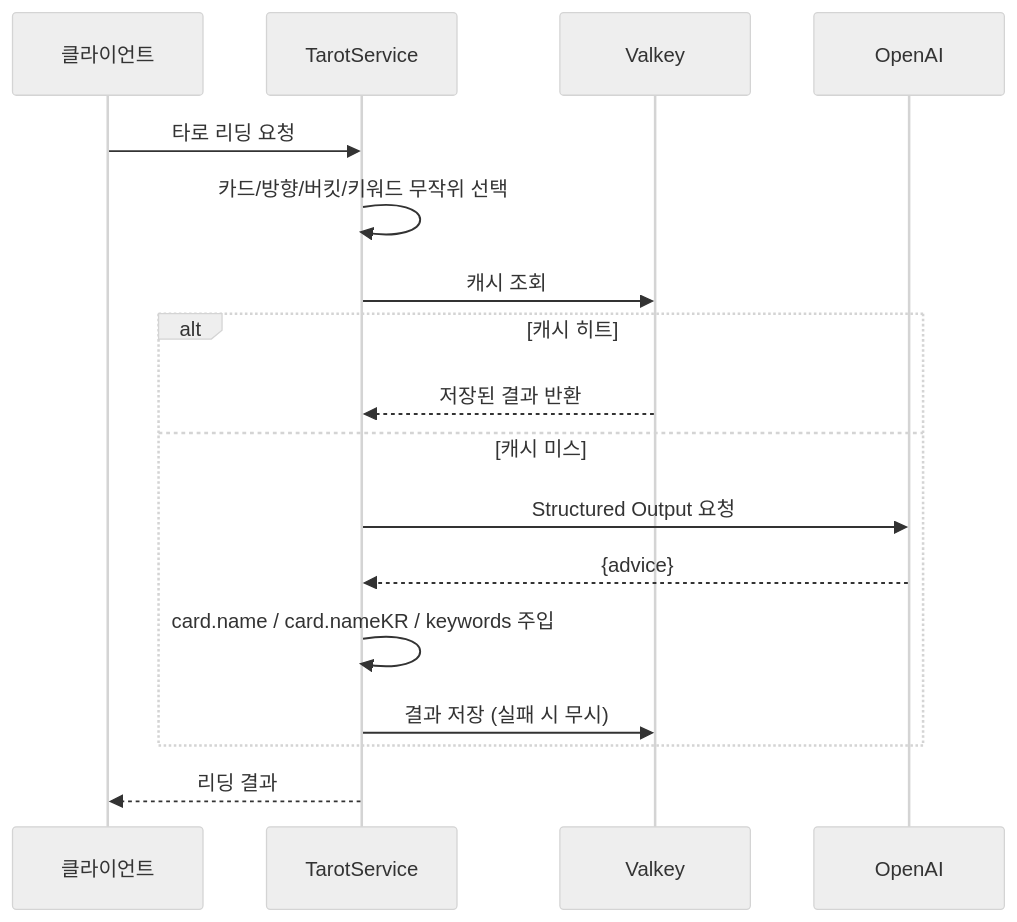
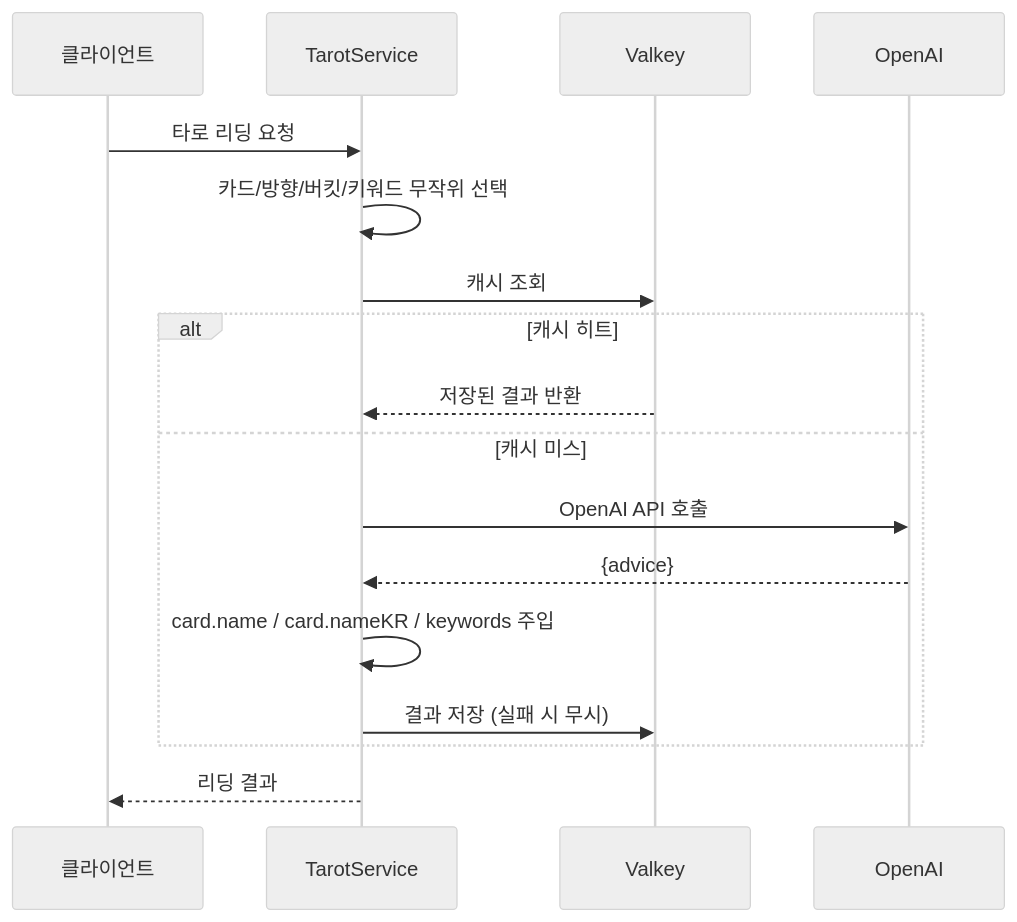
Before and after one commit to mandacode-labs/mandacode-devs: the second of 2 diagrams in src/content/blog/ko/tarot-deep-dive.md, drawn with Mermaid (neutral theme). The commit also changed other lines of this file, not shown here.

````diff
--- a/src/content/blog/ko/tarot-deep-dive.md
+++ b/src/content/blog/ko/tarot-deep-dive.md
@@ -84,22 +52,22 @@
 ```mermaid
 sequenceDiagram
     participant Client as 클라이언트
     participant Service as TarotService
     participant Cache as Valkey
     participant AI as OpenAI
 
     Client->>Service: 타로 리딩 요청
     Service->>Service: 카드/방향/버킷/키워드 무작위 선택
     Service->>Cache: 캐시 조회
 
     alt 캐시 히트
         Cache-->>Service: 저장된 결과 반환
     else 캐시 미스
-        Service->>AI: Structured Output 요청
+        Service->>AI: OpenAI API 호출
         AI-->>Service: {advice}
         Service->>Service: card.name / card.nameKR / keywords 주입
         Service->>Cache: 결과 저장 (실패 시 무시)
     end
 
     Service-->>Client: 리딩 결과
 ```
````
